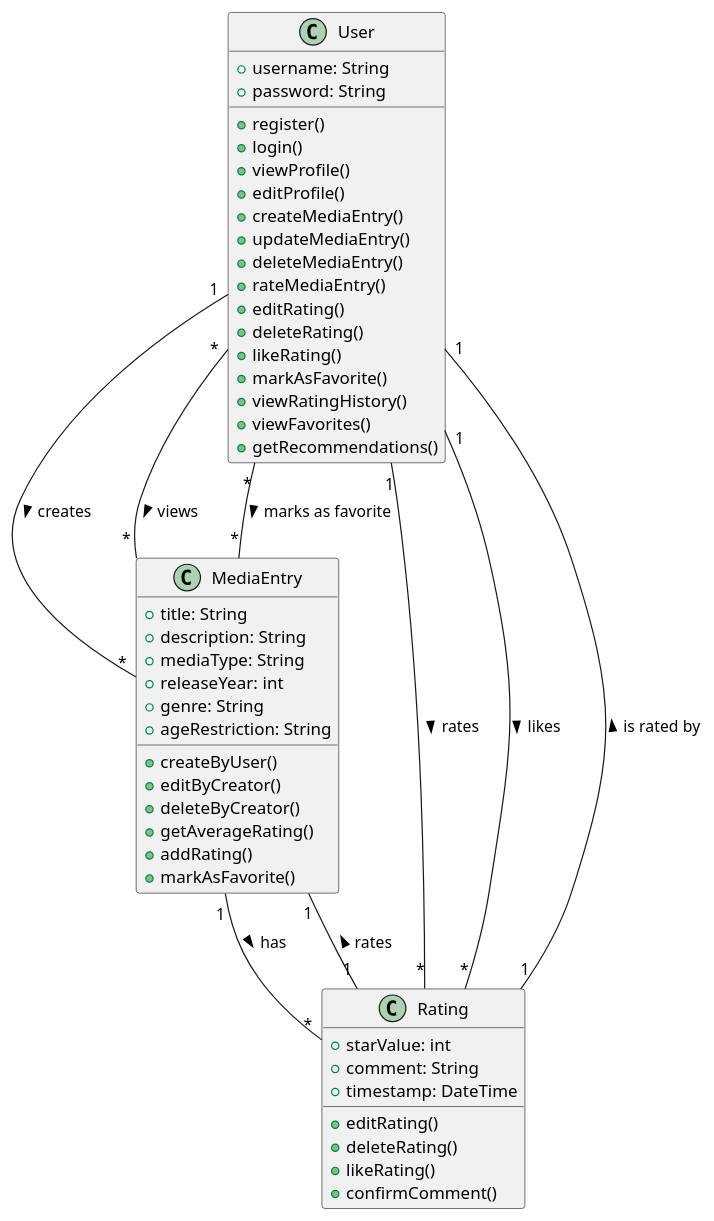
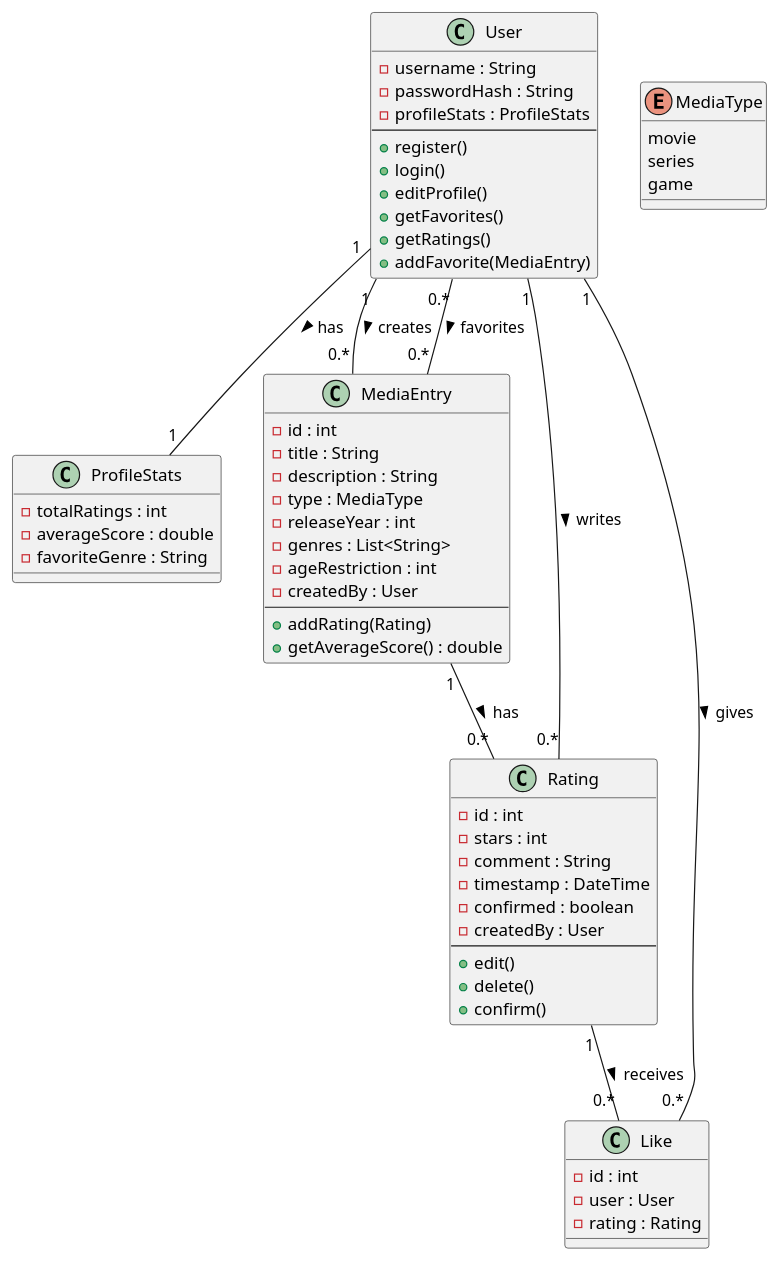
The diagram in MediaRatingsPlattform/src/main/java/Diagram.puml (PrawdaMax/MediaRatingsPlassform), drawn with PlantUML before and after one commit. The commit also changed 3 other files, not shown here.

```diff
--- a/MediaRatingsPlattform/src/main/java/Diagram.puml
+++ b/MediaRatingsPlattform/src/main/java/Diagram.puml
@@ -1,59 +1,68 @@
 @startuml
+class User {
+    - username : String
+    - passwordHash : String
+    - profileStats : ProfileStats
+    --
+    + register()
+    + login()
+    + editProfile()
+    + getFavorites()
+    + getRatings()
+    + addFavorite(MediaEntry)
+}
 
-' Classes
-class User {
-    +username: String
-    +password: String
-    +register()
-    +login()
-    +viewProfile()
-    +editProfile()
-    +createMediaEntry()
-    +updateMediaEntry()
-    +deleteMediaEntry()
-    +rateMediaEntry()
-    +editRating()
-    +deleteRating()
-    +likeRating()
-    +markAsFavorite()
-    +viewRatingHistory()
-    +viewFavorites()
-    +getRecommendations()
+class ProfileStats {
+    - totalRatings : int
+    - averageScore : double
+    - favoriteGenre : String
 }
 
 class MediaEntry {
-    +title: String
-    +description: String
-    +mediaType: String
-    +releaseYear: int
-    +genre: String
-    +ageRestriction: String
-    +createByUser()
-    +editByCreator()
-    +deleteByCreator()
-    +getAverageRating()
-    +addRating()
-    +markAsFavorite()
+    - id : int
+    - title : String
+    - description : String
+    - type : MediaType
+    - releaseYear : int
+    - genres : List<String>
+    - ageRestriction : int
+    - createdBy : User
+    --
+    + addRating(Rating)
+    + getAverageScore() : double
+}
+
+enum MediaType {
+    movie
+    series
+    game
 }
 
 class Rating {
-    +starValue: int
-    +comment: String
-    +timestamp: DateTime
-    +editRating()
-    +deleteRating()
-    +likeRating()
-    +confirmComment()
+    - id : int
+    - stars : int
+    - comment : String
+    - timestamp : DateTime
+    - confirmed : boolean
+    - createdBy : User
+    --
+    + edit()
+    + delete()
+    + confirm()
+}
+
+class Like {
+    - id : int
+    - user : User
+    - rating : Rating
 }
 
 ' Relationships
-User "1" -- "*" MediaEntry : creates >
-User "1" -- "*" Rating : rates >
-User "1" -- "*" Rating : likes >
-User "*" -- "*" MediaEntry : views >
-User "*" -- "*" MediaEntry : marks as favorite >
-MediaEntry "1" -- "*" Rating : has >
-
-Rating "1" -- "1" MediaEntry : rates >
-Rating "1" -- "1" User : is rated by >
+User "1" -- "0.*" MediaEntry : creates >
+User "1" -- "0.*" Rating : writes >
+User "1" -- "0.*" Like : gives >
+User "0.*" -- "0.*" MediaEntry : favorites >
+MediaEntry "1" -- "0.*" Rating : has >
+Rating "1" -- "0.*" Like : receives >
+User "1" -- "1" ProfileStats : has >
 @enduml
```
